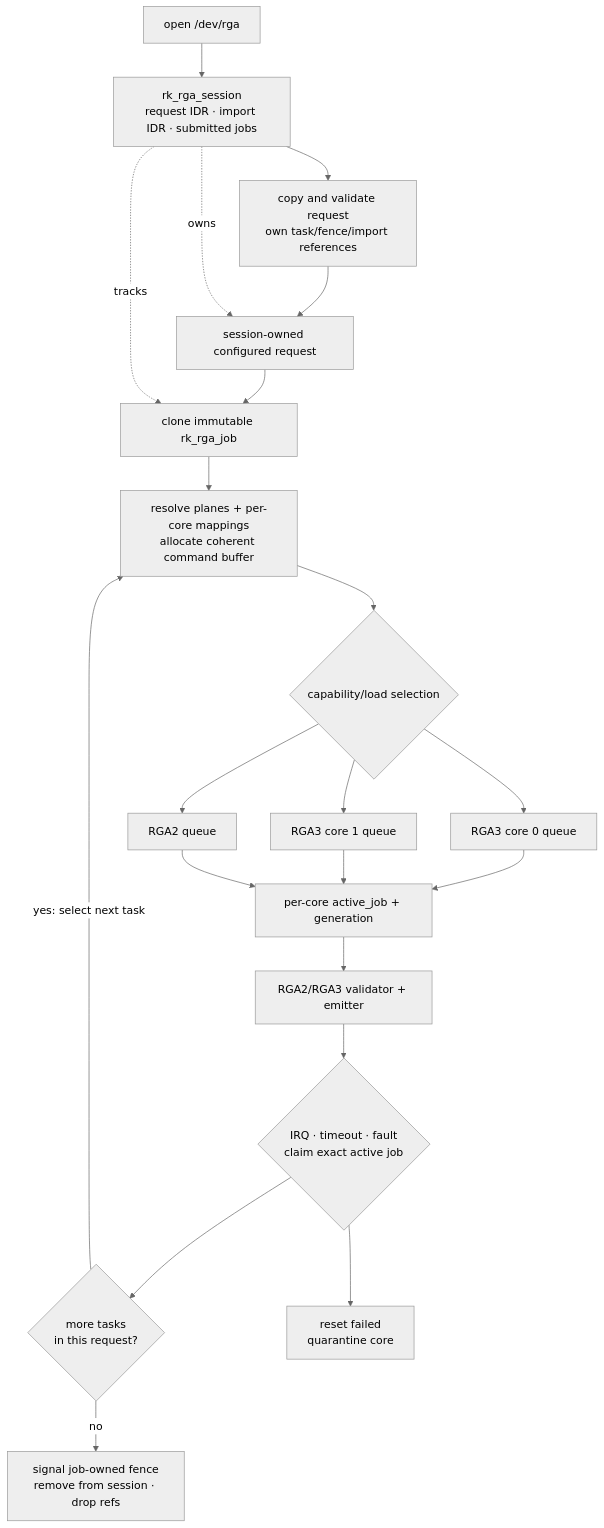
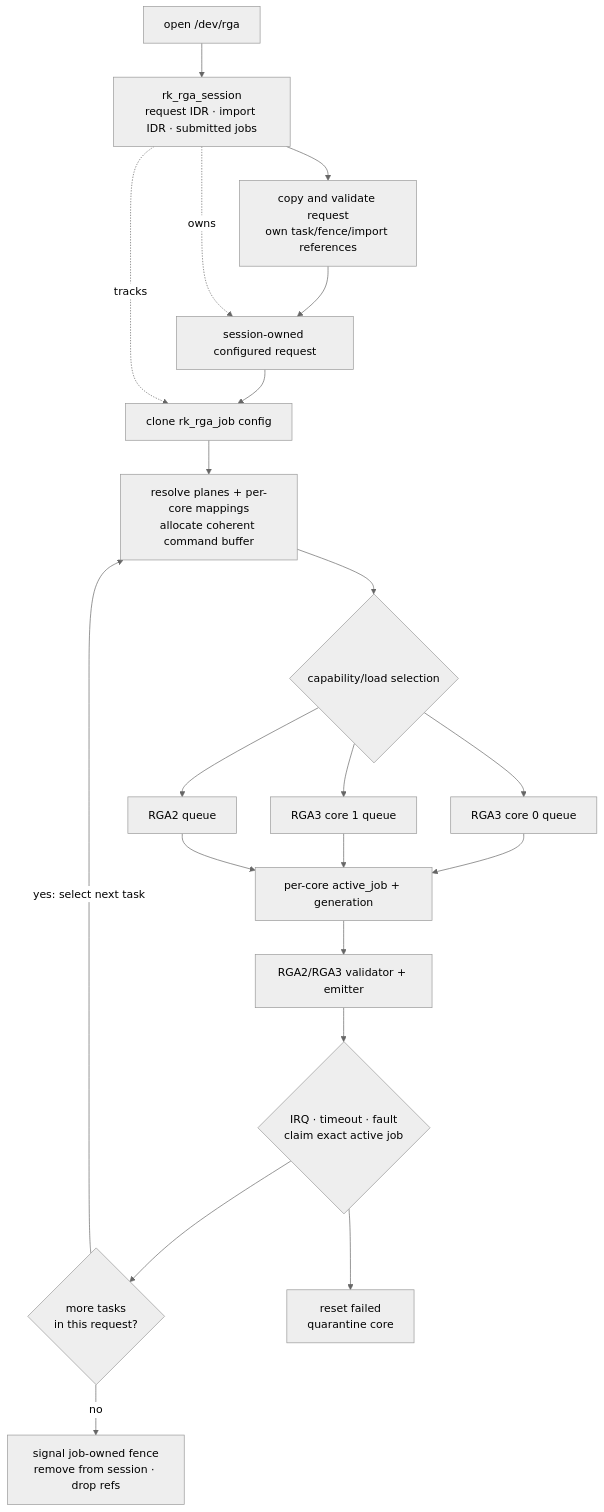
One commit to yisding/rock-5b-ysp changed the sixth of 13 diagrams in kernel-drivers/docs/driver-architecture-comparison.md. Above: the diagram before and after it, drawn with Mermaid (neutral theme). The commit also changed other lines of this file and 62 other files, not shown here.

Commit message:
media: refresh rewrite architecture and recovery evidence

````diff
--- a/kernel-drivers/docs/driver-architecture-comparison.md
+++ b/kernel-drivers/docs/driver-architecture-comparison.md
@@ -286,30 +288,30 @@
 ```mermaid
 flowchart TB
   fd["open /dev/rga"]
   session["rk_rga_session<br/>request IDR · import IDR · submitted jobs"]
   config["copy and validate request<br/>own task/fence/import references"]
   request["session-owned configured request"]
-  submit["clone immutable rk_rga_job"]
+  submit["clone rk_rga_job config"]
   materialize["resolve planes + per-core mappings<br/>allocate coherent command buffer"]
   select{"capability/load selection"}
   q0["RGA3 core 0 queue"]
   q1["RGA3 core 1 queue"]
   q2["RGA2 queue"]
   active["per-core active_job + generation"]
   emit["RGA2/RGA3 validator + emitter"]
   finish{"IRQ · timeout · fault<br/>claim exact active job"}
   next{"more tasks<br/>in this request?"}
   complete["signal job-owned fence<br/>remove from session · drop refs"]
   quarantine["reset failed<br/>quarantine core"]
 
   fd --> session --> config --> request --> submit --> materialize --> select
   select --> q0 --> active
   select --> q1 --> active
   select --> q2 --> active
   active --> emit --> finish --> next
   next -->|yes: select next task| materialize
   next -->|no| complete
   finish --> quarantine
   session -. owns .-> request
   session -. tracks .-> submit
 ```
````
